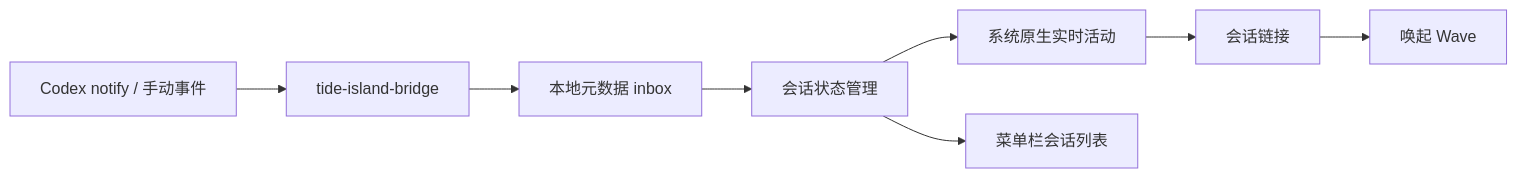
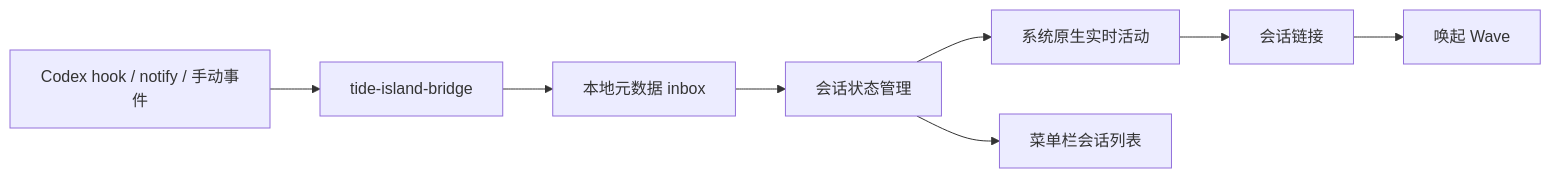
The diagram in docs/architecture.md (KevinLjb/tide-island), drawn with Mermaid before and after one commit. The commit also changed other lines of this file and 15 other files, not shown here.

Commit message:
Add observational Codex lifecycle bridge and v2 events

````diff
--- a/docs/architecture.md
+++ b/docs/architecture.md
@@ -13,10 +13,10 @@
 ```mermaid
 flowchart LR
-    A[Codex notify / 手动事件] --> B[tide-island-bridge]
+    A[Codex hook / notify / 手动事件] --> B[tide-island-bridge]
     B --> C[本地元数据 inbox]
     C --> D[会话状态管理]
     D --> E[系统原生实时活动]
     D --> F[菜单栏会话列表]
     E --> G[会话链接]
     G --> H[唤起 Wave]
 ```
````
